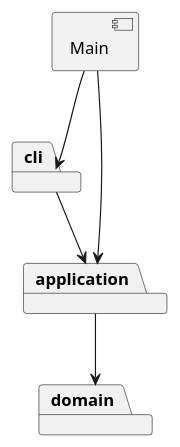
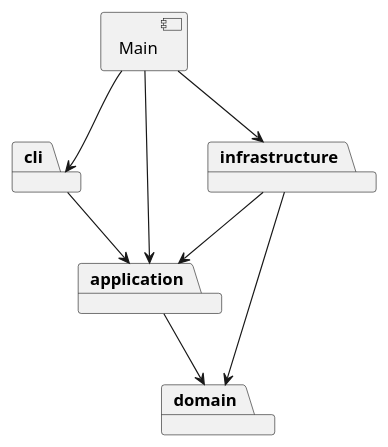
Before and after one commit to CYBetter/svg-editor-cli-learning: the diagram in doc/README.md, drawn with PlantUML. The commit also changed other lines of this file and 22 other files, not shown here.

````diff
--- a/doc/README.md
+++ b/doc/README.md
@@ -23,12 +24,16 @@
 ```plantuml
 @startuml
 package cli
 package application
 package domain
+package infrastructure
 component Main
 Main --> cli
 Main --> application
+Main --> infrastructure
 cli --> application
 application --> domain
+infrastructure --> application
+infrastructure --> domain
 @enduml
 ```
````
